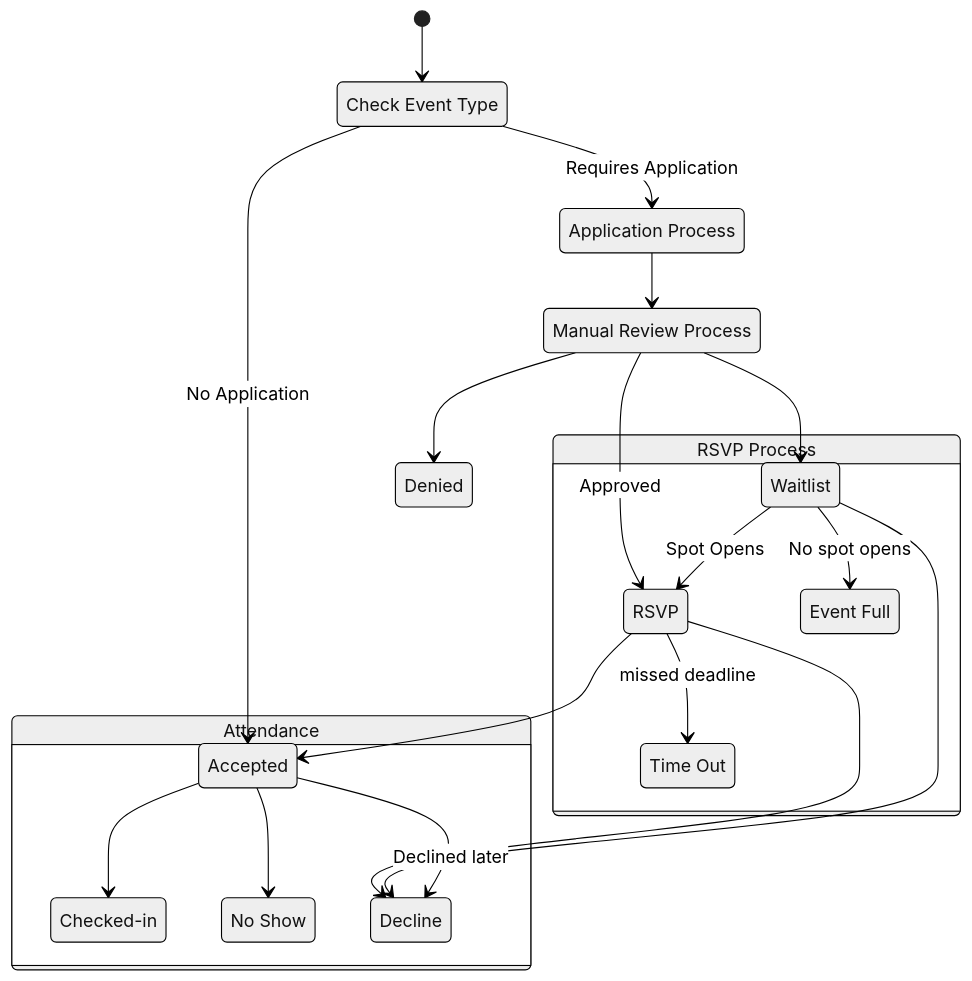
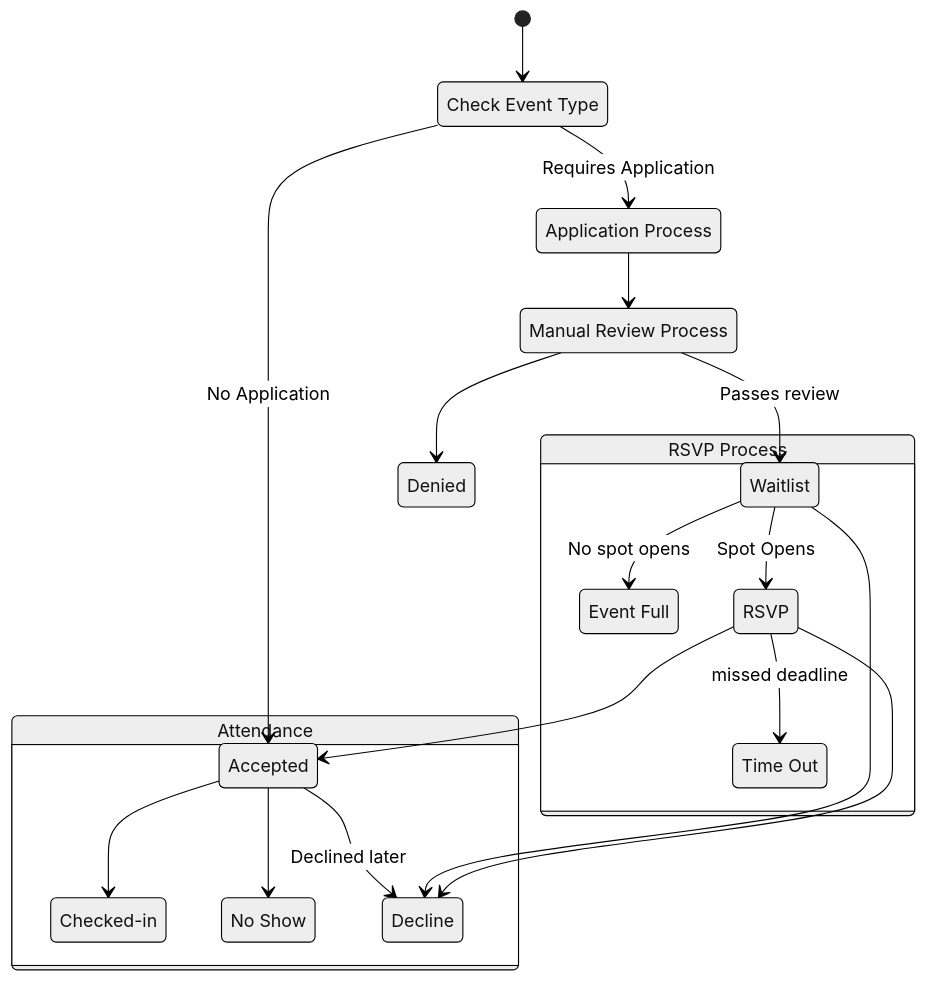
The first of 3 diagrams in docs/ARCHITECTURE.md (mruhacks/mruhacks2026), drawn with Mermaid (neutral theme) before and after one commit. The commit also changed other lines of this file and 120 other files, not shown here.

````diff
--- a/docs/ARCHITECTURE.md
+++ b/docs/ARCHITECTURE.md
@@ -113,34 +112,33 @@
 ```mermaid
 stateDiagram-v2
     [*] --> checkType
 
     checkType --> ApplicationProcess : Requires Application
     checkType --> Accepted : No Application
 
     ApplicationProcess --> ManualReview
 
-    ManualReview --> Waitlist
-    ManualReview --> RSVP : Approved
+    ManualReview --> Waitlist : Passes review
     ManualReview --> Denied
 
     state "Check Event Type" as checkType
     state "Application Process" as ApplicationProcess
     state "Event Full" as EventFull
     state "Manual Review Process" as ManualReview
     state "Time Out" as TimeOut
     state "Checked-in" as Showing
     state "No Show" as NoShow
     state "RSVP Process" as RSVPProcess {
         RSVP --> Accepted
         RSVP --> Decline
         RSVP --> TimeOut : missed deadline
         Waitlist --> RSVP : Spot Opens
         Waitlist --> EventFull : No spot opens
         Waitlist --> Decline
     }
     state Attendance {
         Accepted --> Decline : Declined later
         Accepted --> Showing
         Accepted --> NoShow
     }
 ```
````
